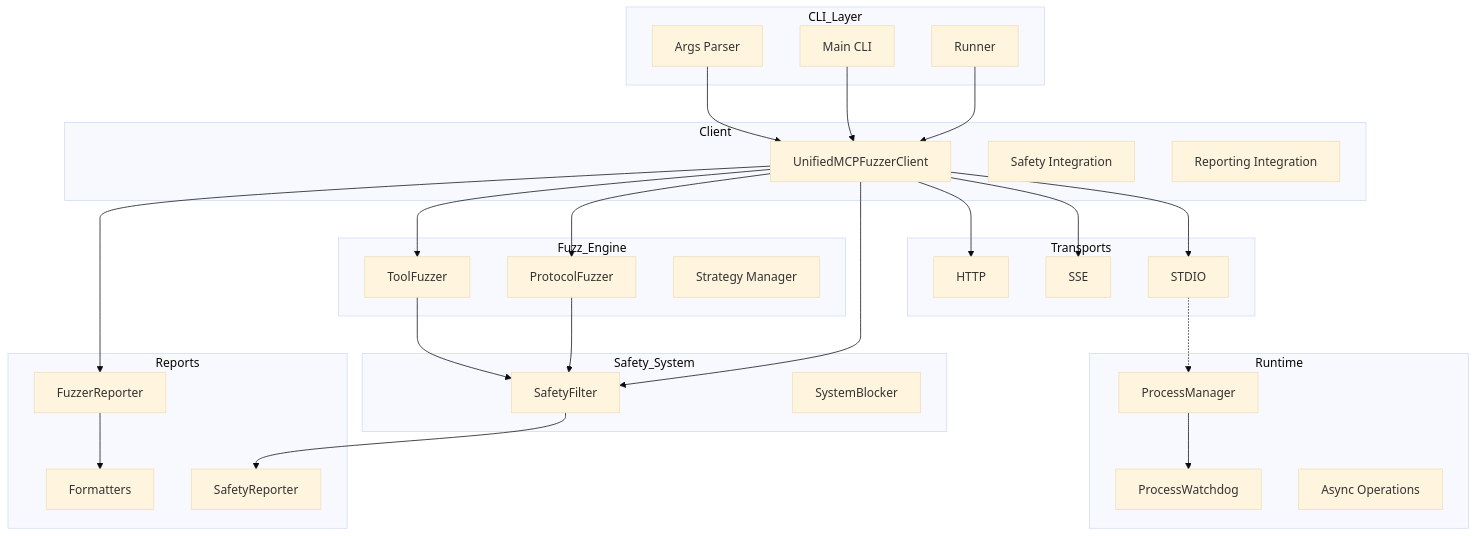
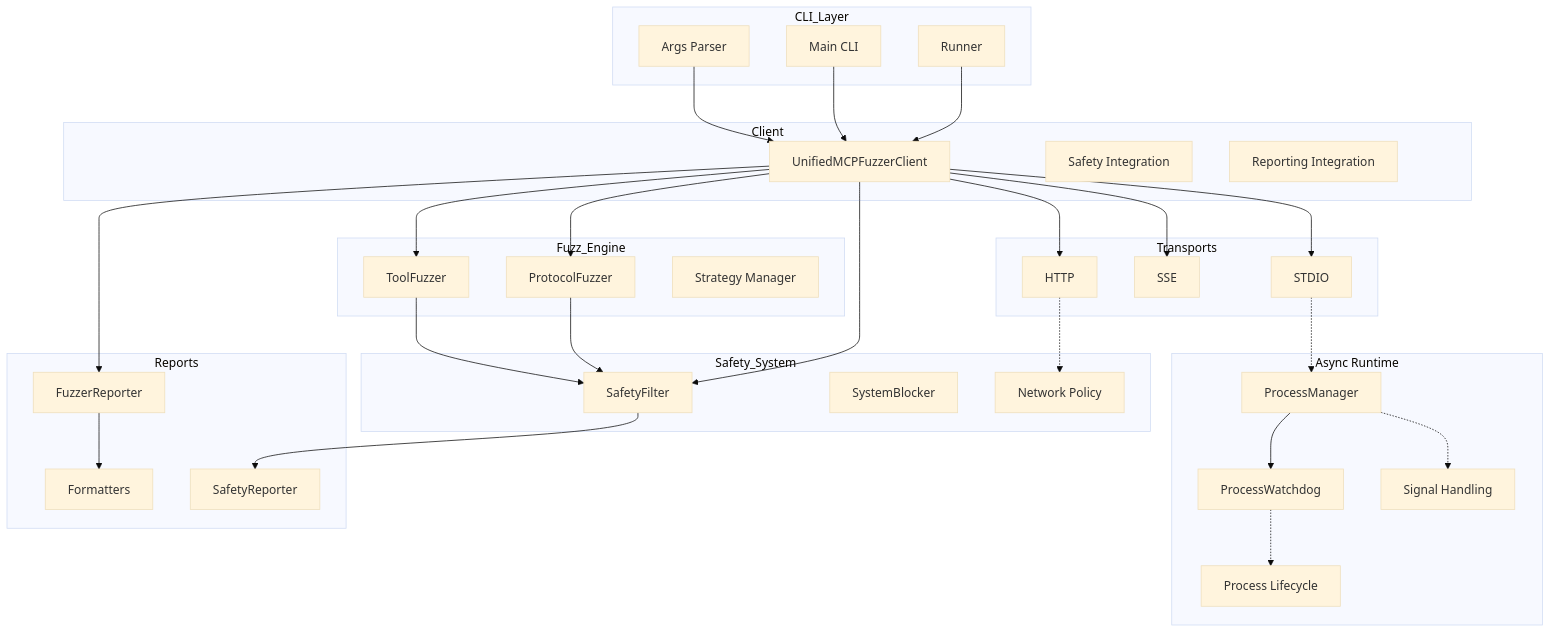
The first of 6 diagrams in docs/architecture.md (Agent-Hellboy/mcp-server-fuzzer), drawn with Mermaid (base theme) before and after one commit. The commit also changed other lines of this file and 9 other files, not shown here.

````diff
--- a/docs/architecture.md
+++ b/docs/architecture.md
@@ -18,64 +18,69 @@
 ```mermaid
 flowchart TB
   subgraph CLI_Layer
     A1[Args Parser]
     A2[Main CLI]
     A3[Runner]
   end
 
   subgraph Client
     B1[UnifiedMCPFuzzerClient]
     B2[Safety Integration]
     B3[Reporting Integration]
   end
 
   subgraph Transports
     C1[HTTP]
     C2[SSE]
     C3[STDIO]
   end
 
   subgraph Fuzz_Engine
     D1[ToolFuzzer]
     D2[ProtocolFuzzer]
     D3[Strategy Manager]
   end
 
-  subgraph Runtime
+  subgraph Runtime[Async Runtime]
     R1[ProcessManager]
     R2[ProcessWatchdog]
-    R3[Async Operations]
+    R3[Process Lifecycle]
+    R4[Signal Handling]
   end
 
   subgraph Safety_System
     E1[SafetyFilter]
     E2[SystemBlocker]
+    E3[Network Policy]
   end
 
   subgraph Reports
     F1[FuzzerReporter]
     F2[Formatters]
     F3[SafetyReporter]
   end
 
   A1 --> B1
   A2 --> B1
   A3 --> B1
 
   B1 --> C1
   B1 --> C2
   B1 --> C3
   B1 --> D1
   B1 --> D2
   B1 --> F1
 
   D1 --> E1
   D2 --> E1
 
   C3 -.-> R1
   R1 --> R2
+  R2 -.-> R3
+  R1 -.-> R4
 
   B1 --> E1
   E1 --> F3
   F1 --> F2
+  C1 -.-> E3
 ```
````
